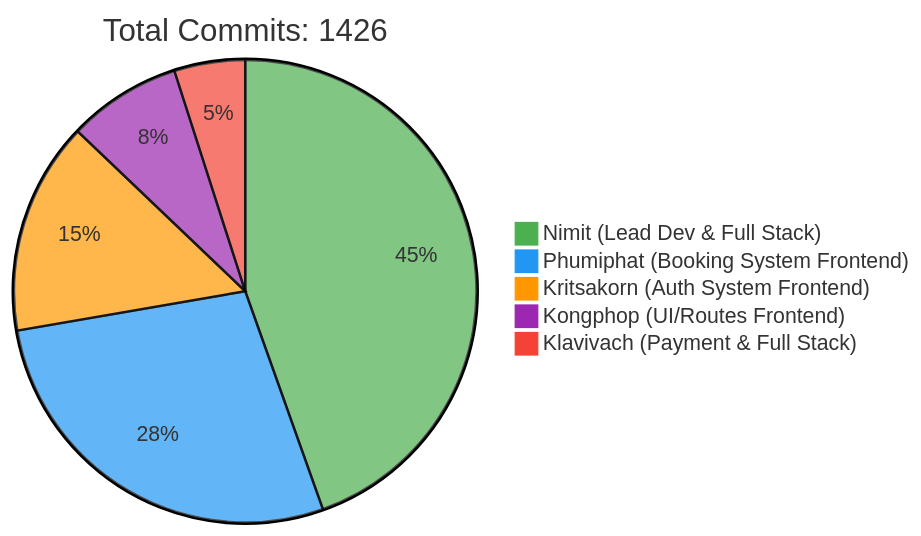
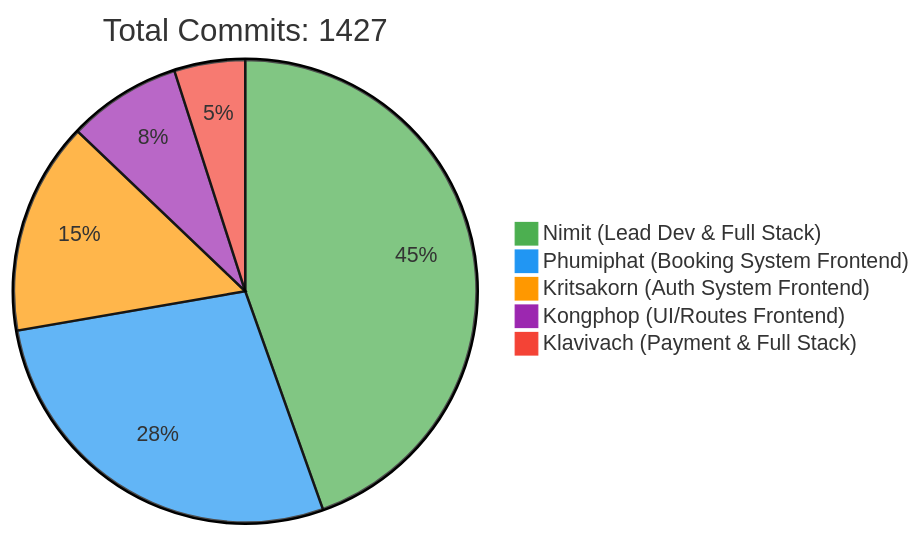
Before and after one commit to 6531503042/Sport-Complex: the first of 2 diagrams in README.md, drawn with Mermaid. The commit also changed other lines of this file, not shown here.

Commit message:
docs: Update contributor statistics [skip ci]

````diff
--- a/README.md
+++ b/README.md
@@ -257,10 +257,10 @@
 ```mermaid
 %%{init: {'theme': 'base', 'themeVariables': { 'pie1': '#4CAF50', 'pie2': '#2196F3', 'pie3': '#FF9800', 'pie4': '#9C27B0', 'pie5': '#F44336'}}}%%
 pie
-    title Total Commits: 1426
+    title Total Commits: 1427
     "Nimit (Lead Dev & Full Stack)" : 450
     "Phumiphat (Booking System Frontend)" : 280
     "Kritsakorn (Auth System Frontend)" : 150
     "Kongphop (UI/Routes Frontend)" : 80
     "Klavivach (Payment & Full Stack)" : 50
 ```
````
